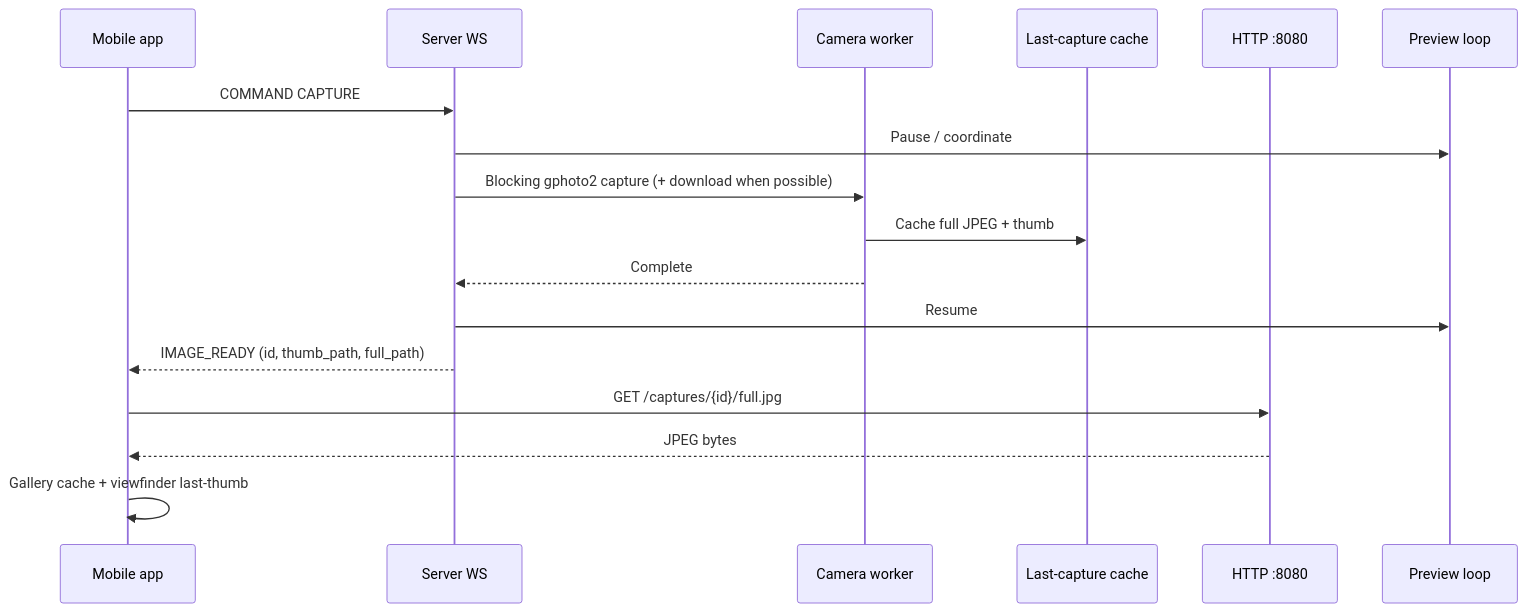
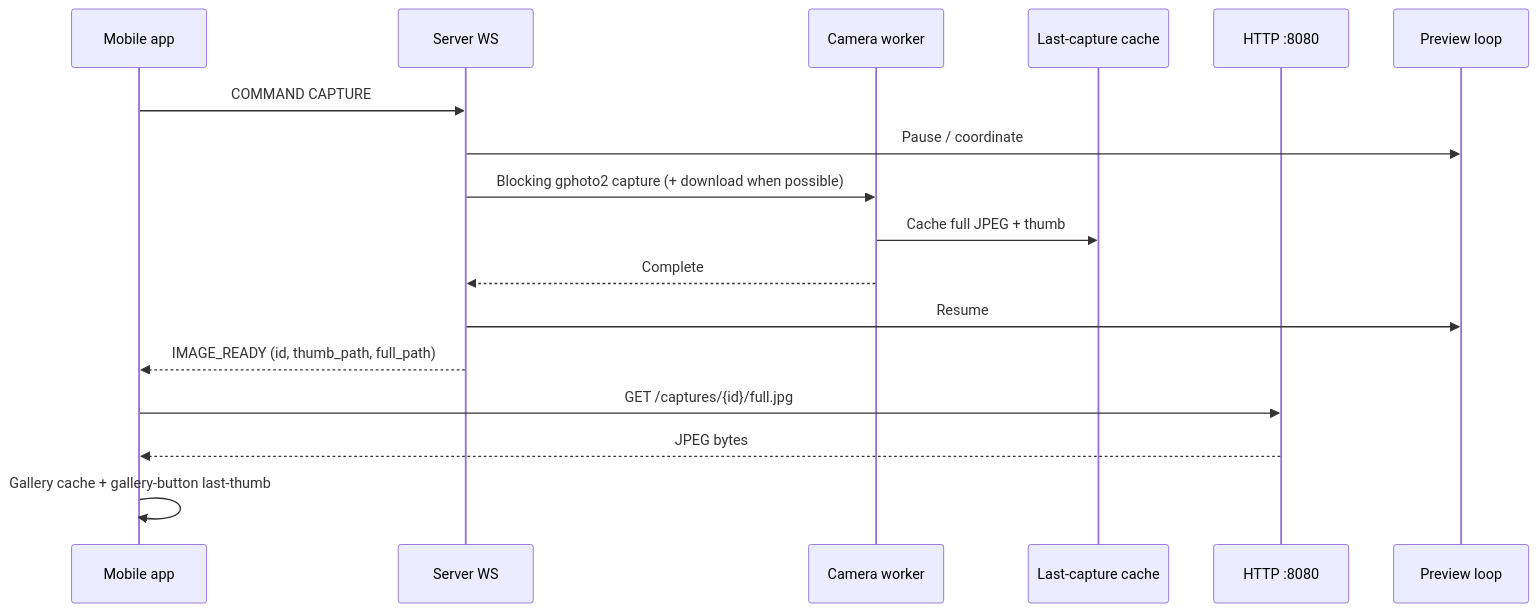
Before and after one commit to cjlawson02/5dcontrol: the third of 5 diagrams in docs/HLD.md, drawn with Mermaid. The commit also changed other lines of this file and 22 other files, not shown here.

````diff
--- a/docs/HLD.md
+++ b/docs/HLD.md
@@ -147,20 +155,20 @@
 ```mermaid
 sequenceDiagram
   participant App as Mobile app
   participant WS as Server WS
   participant Cam as Camera worker
   participant Store as Last-capture cache
   participant HTTP as HTTP :8080
   participant Preview as Preview loop
 
   App->>WS: COMMAND CAPTURE
   WS->>Preview: Pause / coordinate
   WS->>Cam: Blocking gphoto2 capture (+ download when possible)
   Cam->>Store: Cache full JPEG + thumb
   Cam-->>WS: Complete
   WS->>Preview: Resume
   WS-->>App: IMAGE_READY (id, thumb_path, full_path)
   App->>HTTP: GET /captures/{id}/full.jpg
   HTTP-->>App: JPEG bytes
-  App->>App: Gallery cache + viewfinder last-thumb
+  App->>App: Gallery cache + gallery-button last-thumb
 ```
````
